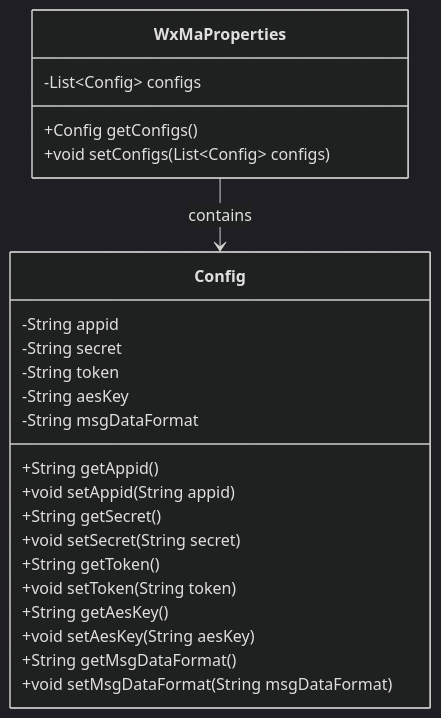
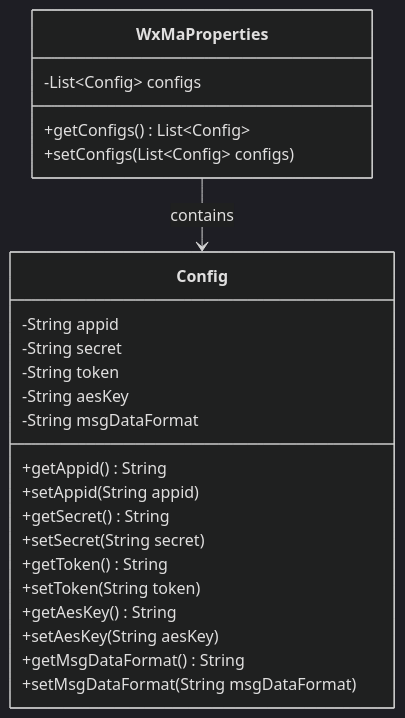
The first of 2 diagrams in docs/en/docs/src/main/java/com/github/binarywang/demo/wx/miniapp/config/WxMaProperties.md (v-wjrong/rongwj666_weixin-java-miniapp-demo), drawn with Mermaid (dark theme) before and after one commit. The commit also changed other lines of this file and 46 other files, not shown here.

````diff
--- a/docs/en/docs/src/main/java/com/github/binarywang/demo/wx/miniapp/config/WxMaProperties.md
+++ b/docs/en/docs/src/main/java/com/github/binarywang/demo/wx/miniapp/config/WxMaProperties.md
@@ -36,28 +36,28 @@
 ```mermaid
 classDiagram
     class WxMaProperties {
         -List~Config~ configs
-        +Config getConfigs()
-        +void setConfigs(List~Config~ configs)
+        +getConfigs() List~Config~
+        +setConfigs(List~Config~ configs)
     }
 
     class Config {
         -String appid
         -String secret
         -String token
         -String aesKey
         -String msgDataFormat
-        +String getAppid()
-        +void setAppid(String appid)
-        +String getSecret()
-        +void setSecret(String secret)
-        +String getToken()
-        +void setToken(String token)
-        +String getAesKey()
-        +void setAesKey(String aesKey)
-        +String getMsgDataFormat()
-        +void setMsgDataFormat(String msgDataFormat)
+        +getAppid() String
+        +setAppid(String appid)
+        +getSecret() String
+        +setSecret(String secret)
+        +getToken() String
+        +setToken(String token)
+        +getAesKey() String
+        +setAesKey(String aesKey)
+        +getMsgDataFormat() String
+        +setMsgDataFormat(String msgDataFormat)
     }
 
     WxMaProperties --> Config : contains
 ```
````
